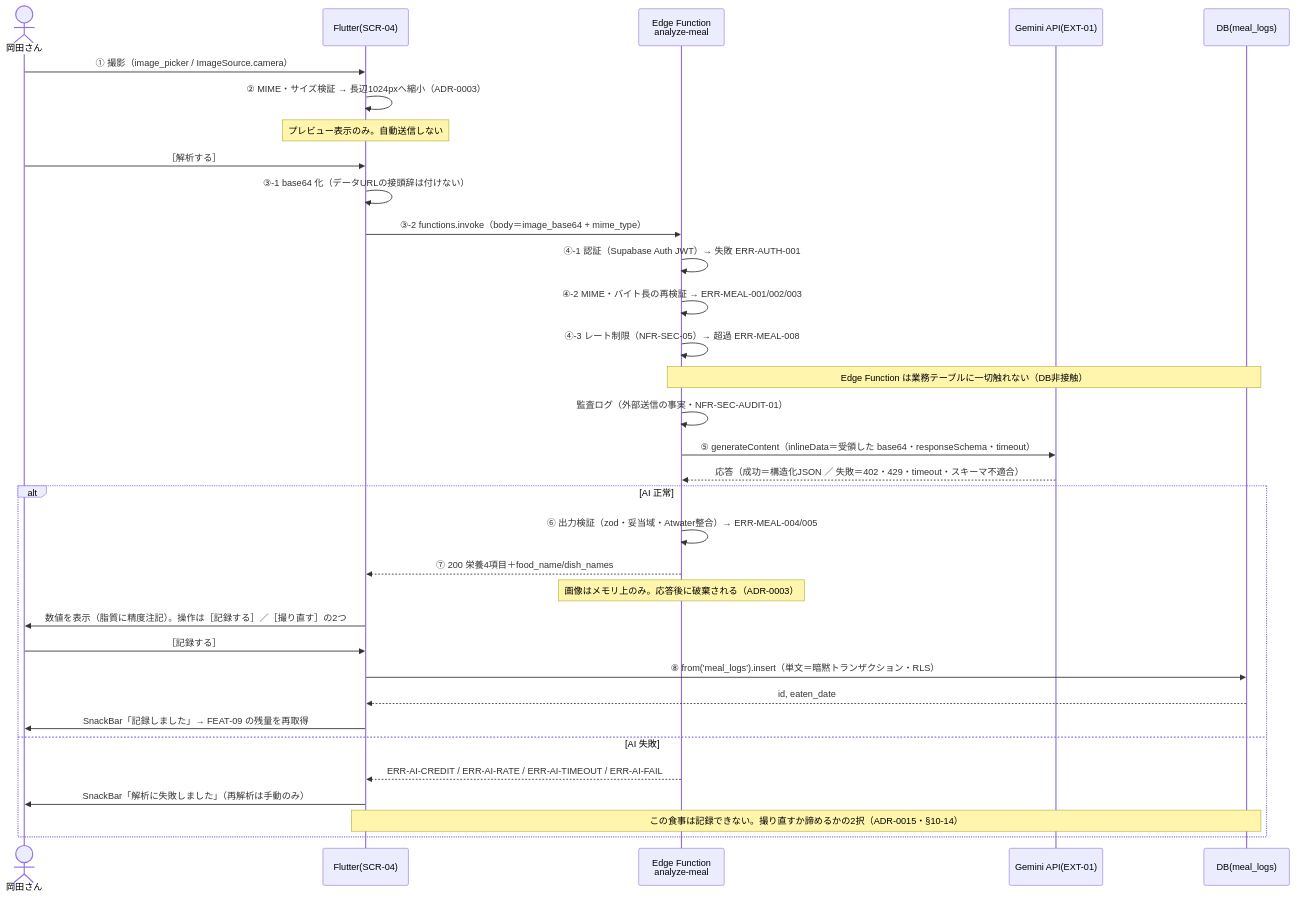
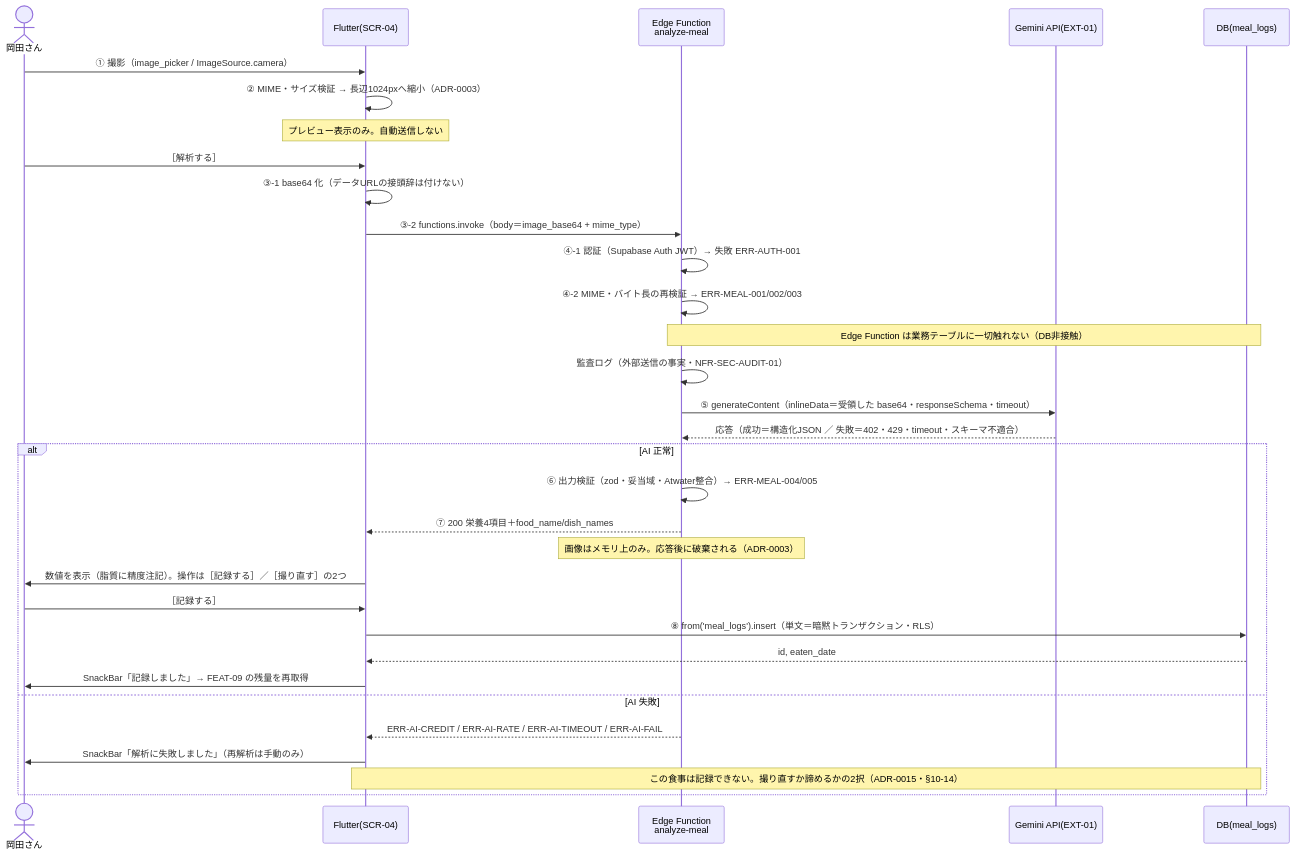
One commit to k-okada51/okada-fit changed the diagram in docs/02_設計/50_詳細設計/08_機能別詳細設計/FEAT-08_食事撮影タンパク質計算.md. Above: the diagram before and after it, drawn with Mermaid. The commit also changed other lines of this file and 13 other files, not shown here.

````diff
--- a/docs/02_設計/50_詳細設計/08_機能別詳細設計/FEAT-08_食事撮影タンパク質計算.md
+++ b/docs/02_設計/50_詳細設計/08_機能別詳細設計/FEAT-08_食事撮影タンパク質計算.md
@@ -129,36 +141,35 @@
 ```mermaid
 sequenceDiagram
   actor U as 岡田さん
   participant F as Flutter(SCR-04)
   participant EF as Edge Function<br/>analyze-meal
   participant G as Gemini API(EXT-01)
   participant D as DB(meal_logs)
 
   U->>F: ① 撮影（image_picker / ImageSource.camera）
   F->>F: ② MIME・サイズ検証 → 長辺1024pxへ縮小（ADR-0003）
   Note over F: プレビュー表示のみ。自動送信しない
   U->>F: ［解析する］
   F->>F: ③-1 base64 化（データURLの接頭辞は付けない）
   F->>EF: ③-2 functions.invoke（body＝image_base64 + mime_type）
   EF->>EF: ④-1 認証（Supabase Auth JWT）→ 失敗 ERR-AUTH-001
   EF->>EF: ④-2 MIME・バイト長の再検証 → ERR-MEAL-001/002/003
-  EF->>EF: ④-3 レート制限（NFR-SEC-05）→ 超過 ERR-MEAL-008
   Note over EF,D: Edge Function は業務テーブルに一切触れない（DB非接触）
   EF->>EF: 監査ログ（外部送信の事実・NFR-SEC-AUDIT-01）
   EF->>G: ⑤ generateContent（inlineData＝受領した base64・responseSchema・timeout）
   G-->>EF: 応答（成功＝構造化JSON ／ 失敗＝402・429・timeout・スキーマ不適合）
   alt AI 正常
     EF->>EF: ⑥ 出力検証（zod・妥当域・Atwater整合）→ ERR-MEAL-004/005
     EF-->>F: ⑦ 200 栄養4項目＋food_name/dish_names
     Note over EF: 画像はメモリ上のみ。応答後に破棄される（ADR-0003）
     F->>U: 数値を表示（脂質に精度注記）。操作は［記録する］／［撮り直す］の2つ
     U->>F: ［記録する］
     F->>D: ⑧ from('meal_logs').insert（単文＝暗黙トランザクション・RLS）
     D-->>F: id, eaten_date
     F->>U: SnackBar「記録しました」→ FEAT-09 の残量を再取得
   else AI 失敗
     EF-->>F: ERR-AI-CREDIT / ERR-AI-RATE / ERR-AI-TIMEOUT / ERR-AI-FAIL
     F->>U: SnackBar「解析に失敗しました」（再解析は手動のみ）
     Note over F,D: この食事は記録できない。撮り直すか諦めるかの2択（ADR-0015・§10-14）
   end
 ```
````
